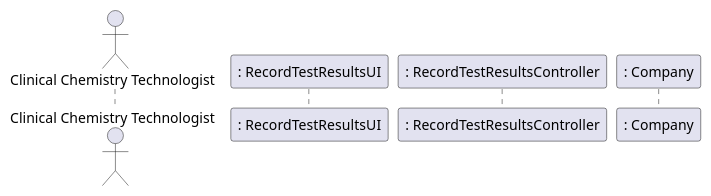
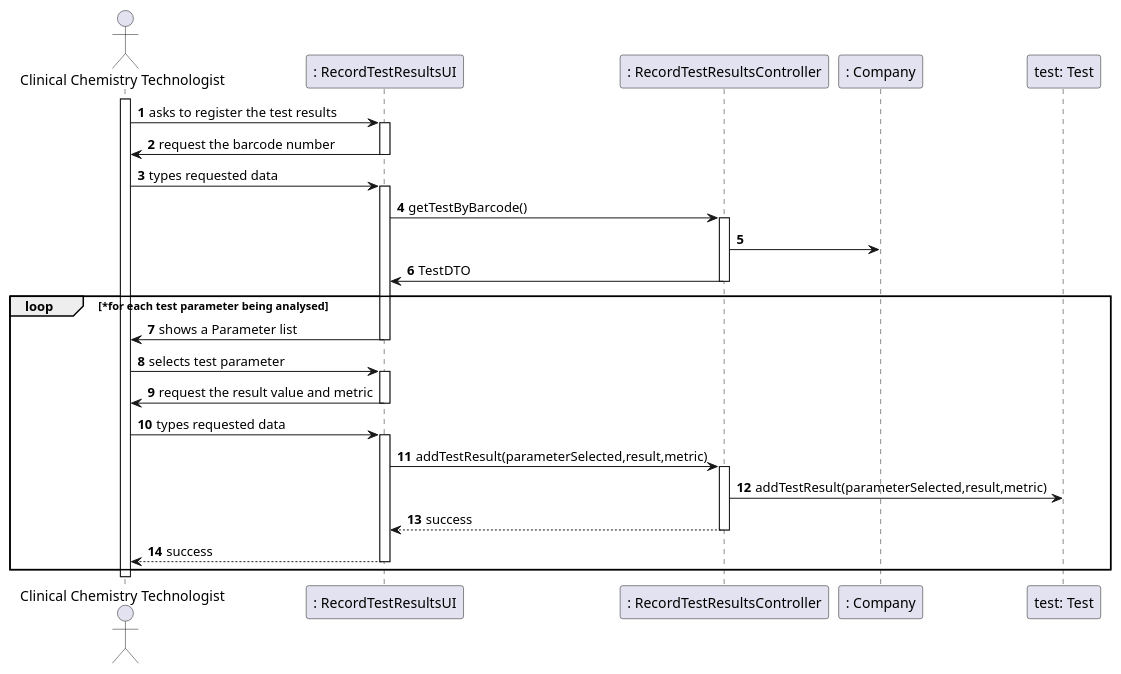
One commit to manu-07-ela/LAPR2_ISEP changed the diagram in docs/SprintC/US12/US12_SD.puml. Above: the diagram before and after it, drawn with PlantUML. The commit also changed 4 other files, not shown here.

```diff
--- a/docs/SprintC/US12/US12_SD.puml
+++ b/docs/SprintC/US12/US12_SD.puml
@@ -1,13 +1,50 @@
 @startuml
 autonumber
 'hide footbox
 actor "Clinical Chemistry Technologist" as CCT
 
 participant ": RecordTestResultsUI" as UI
 participant ": RecordTestResultsController" as CTRL
 participant ": Company" as Comp
+participant "test: Test" as Test
+
+activate CCT
+CCT -> UI : asks to register the test results
+activate UI
+UI -> CCT : request the barcode number
+deactivate UI
+CCT -> UI : types requested data
+activate UI
+UI -> CTRL : getTestByBarcode()
+activate CTRL
+CTRL -> Comp :
+
+CTRL -> UI : TestDTO
+deactivate CTRL
+loop *for each test parameter being analysed
+UI -> CCT : shows a Parameter list
+deactivate UI
+CCT -> UI : selects test parameter
+activate UI
+UI -> CCT : request the result value and metric
+deactivate UI
+CCT -> UI : types requested data
+activate UI
+UI -> CTRL : addTestResult(parameterSelected,result,metric)
+activate CTRL
+CTRL -> Test : addTestResult(parameterSelected,result,metric)
+
+CTRL --> UI : success
+deactivate CTRL
+UI --> CCT : success
+deactivate UI
+
+
+end
 
 
 
 
+
+deactivate CCT
 @enduml
```
